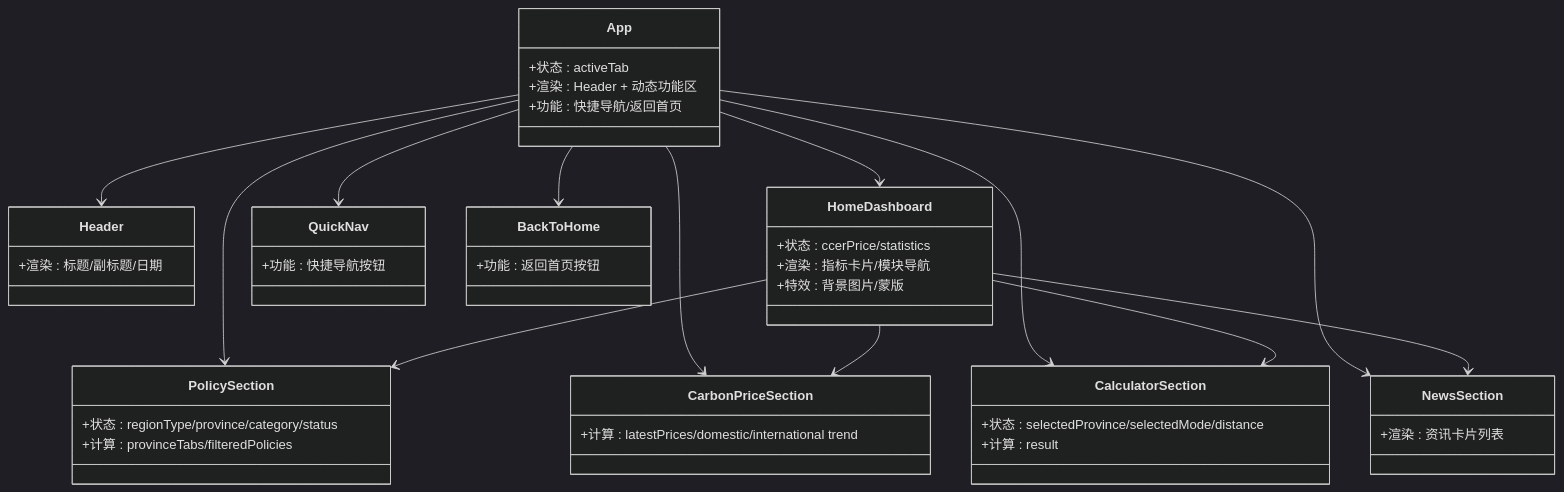
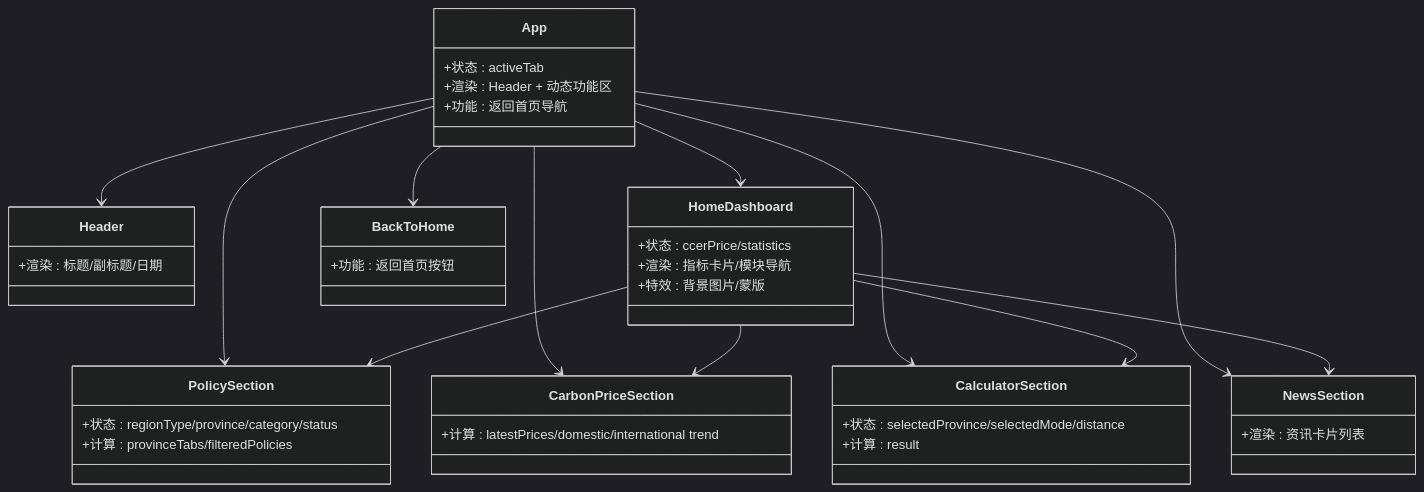
Before and after one commit to liangxuanliang-cmd/carbon-info-agent: the third of 6 diagrams in .qoder/repowiki/zh/content/架构设计/应用架构.md, drawn with Mermaid (dark theme). The commit also changed other lines of this file and 21 other files, not shown here.

````diff
--- a/.qoder/repowiki/zh/content/架构设计/应用架构.md
+++ b/.qoder/repowiki/zh/content/架构设计/应用架构.md
@@ -214,48 +211,44 @@
 ```mermaid
 classDiagram
 class App {
 +状态 : activeTab
 +渲染 : Header + 动态功能区
-+功能 : 快捷导航/返回首页
++功能 : 返回首页导航
 }
 class Header {
 +渲染 : 标题/副标题/日期
 }
 class HomeDashboard {
 +状态 : ccerPrice/statistics
 +渲染 : 指标卡片/模块导航
 +特效 : 背景图片/蒙版
 }
 class PolicySection {
 +状态 : regionType/province/category/status
 +计算 : provinceTabs/filteredPolicies
 }
 class CarbonPriceSection {
 +计算 : latestPrices/domestic/international trend
 }
 class CalculatorSection {
 +状态 : selectedProvince/selectedMode/distance
 +计算 : result
 }
 class NewsSection {
 +渲染 : 资讯卡片列表
 }
-class QuickNav {
-+功能 : 快捷导航按钮
-}
 class BackToHome {
 +功能 : 返回首页按钮
 }
 App --> Header
 App --> HomeDashboard
 App --> PolicySection
 App --> CarbonPriceSection
 App --> CalculatorSection
 App --> NewsSection
-App --> QuickNav
 App --> BackToHome
 HomeDashboard --> PolicySection
 HomeDashboard --> CarbonPriceSection
 HomeDashboard --> CalculatorSection
 HomeDashboard --> NewsSection
 ```
````
